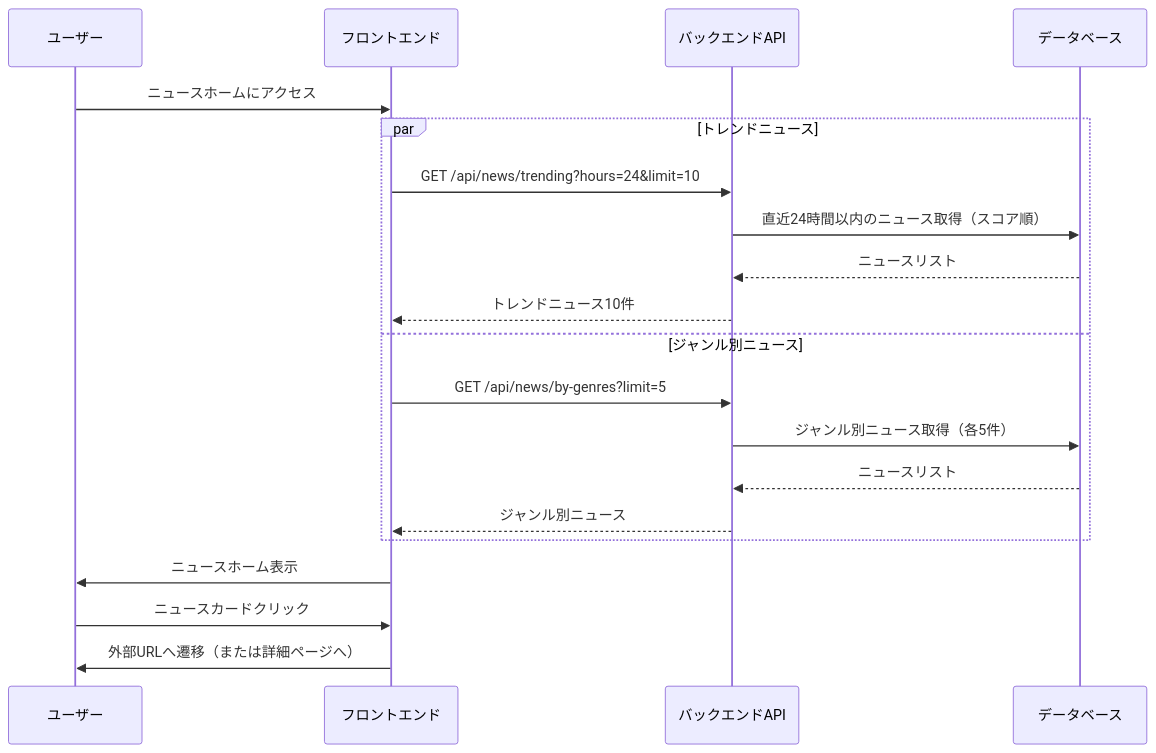
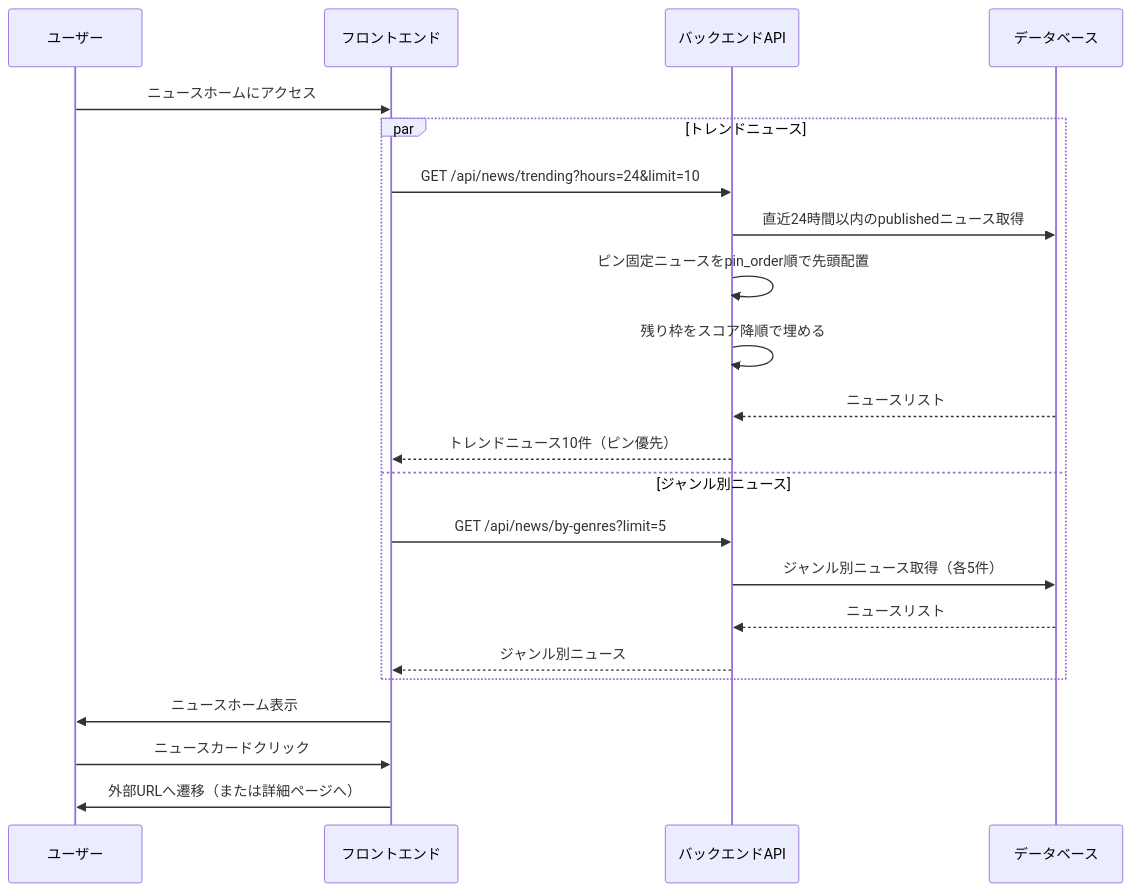
Before and after one commit to RRRRRRR-777/SikouLab: the third of 3 diagrams in docs/functions/news/home.md, drawn with Mermaid. The commit also changed other lines of this file and 5 other files, not shown here.

````diff
--- a/docs/functions/news/home.md
+++ b/docs/functions/news/home.md
@@ -190,26 +197,28 @@
 ```mermaid
 sequenceDiagram
     participant User as ユーザー
     participant Front as フロントエンド
     participant API as バックエンドAPI
     participant DB as データベース
 
     User->>Front: ニュースホームにアクセス
 
     par トレンドニュース
         Front->>API: GET /api/news/trending?hours=24&limit=10
-        API->>DB: 直近24時間以内のニュース取得（スコア順）
+        API->>DB: 直近24時間以内のpublishedニュース取得
+        API->>API: ピン固定ニュースをpin_order順で先頭配置
+        API->>API: 残り枠をスコア降順で埋める
         DB-->>API: ニュースリスト
-        API-->>Front: トレンドニュース10件
+        API-->>Front: トレンドニュース10件（ピン優先）
     and ジャンル別ニュース
         Front->>API: GET /api/news/by-genres?limit=5
         API->>DB: ジャンル別ニュース取得（各5件）
         DB-->>API: ニュースリスト
         API-->>Front: ジャンル別ニュース
     end
 
     Front->>User: ニュースホーム表示
 
     User->>Front: ニュースカードクリック
     Front->>User: 外部URLへ遷移（または詳細ページへ）
 ```
````
